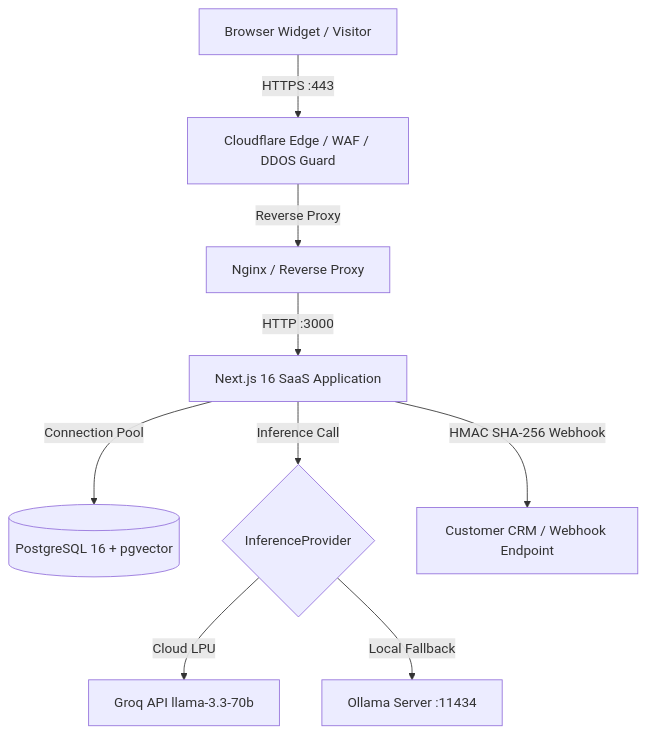
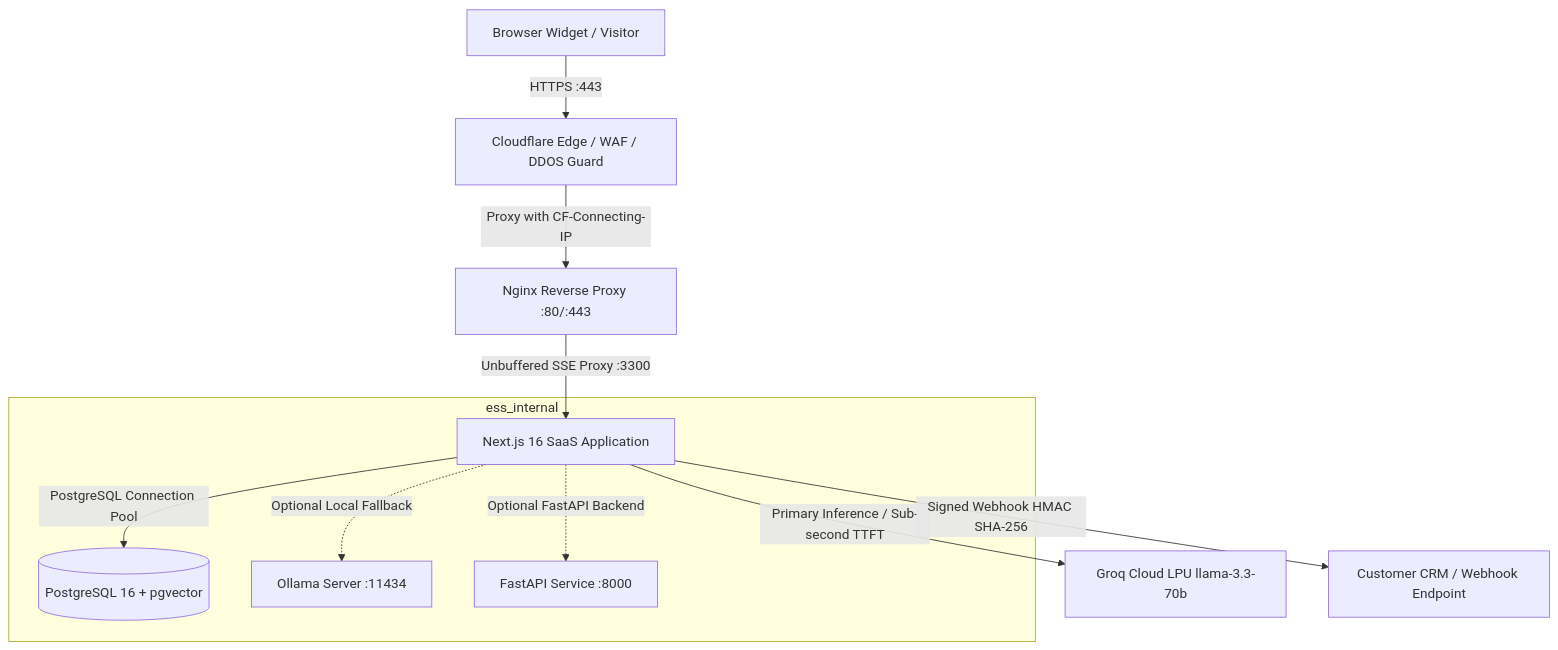
The diagram in docs/PRODUCTION_DEPLOYMENT.md (aviralshukla2612-png/crm-chatbot), drawn with Mermaid before and after one commit. The commit also changed other lines of this file and 15 other files, not shown here.

Commit message:
fix(deployment): resolve credentials inconsistency, isolate network, add nginx sse proxy, and non-destructive recovery

````diff
--- a/docs/PRODUCTION_DEPLOYMENT.md
+++ b/docs/PRODUCTION_DEPLOYMENT.md
@@ -12,11 +14,15 @@
 ```mermaid
 graph TD
     Client[Browser Widget / Visitor] -->|HTTPS :443| CF[Cloudflare Edge / WAF / DDOS Guard]
-    CF -->|Reverse Proxy| NGINX[Nginx / Reverse Proxy]
-    NGINX -->|HTTP :3000| NextJS[Next.js 16 SaaS Application]
-    NextJS -->|Connection Pool| PG[(PostgreSQL 16 + pgvector)]
-    NextJS -->|Inference Call| AI{InferenceProvider}
-    AI -->|Cloud LPU| Groq[Groq API llama-3.3-70b]
-    AI -->|Local Fallback| Ollama[Ollama Server :11434]
-    NextJS -->|HMAC SHA-256 Webhook| CRM[Customer CRM / Webhook Endpoint]
+    CF -->|Proxy with CF-Connecting-IP| NGINX[Nginx Reverse Proxy :80/:443]
+    NGINX -->|Unbuffered SSE Proxy :3300| NextJS[Next.js 16 SaaS Application]
+    
+    subgraph Private Docker Bridge [ess_internal]
+        NextJS -->|PostgreSQL Connection Pool| PG[(PostgreSQL 16 + pgvector)]
+        NextJS -.->|Optional Local Fallback| OLLAMA[Ollama Server :11434]
+        NextJS -.->|Optional FastAPI Backend| FASTAPI[FastAPI Service :8000]
+    end
+
+    NextJS -->|Primary Inference / Sub-second TTFT| GROQ[Groq Cloud LPU llama-3.3-70b]
+    NextJS -->|Signed Webhook HMAC SHA-256| CRM[Customer CRM / Webhook Endpoint]
 ```
````
